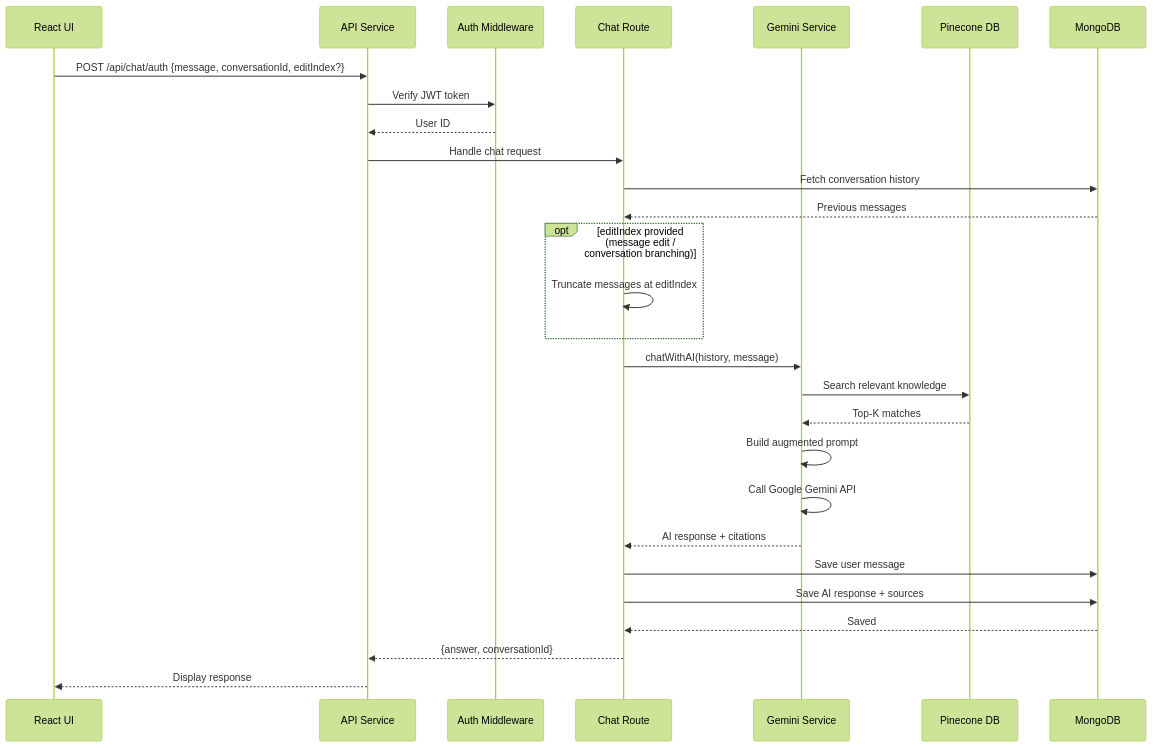
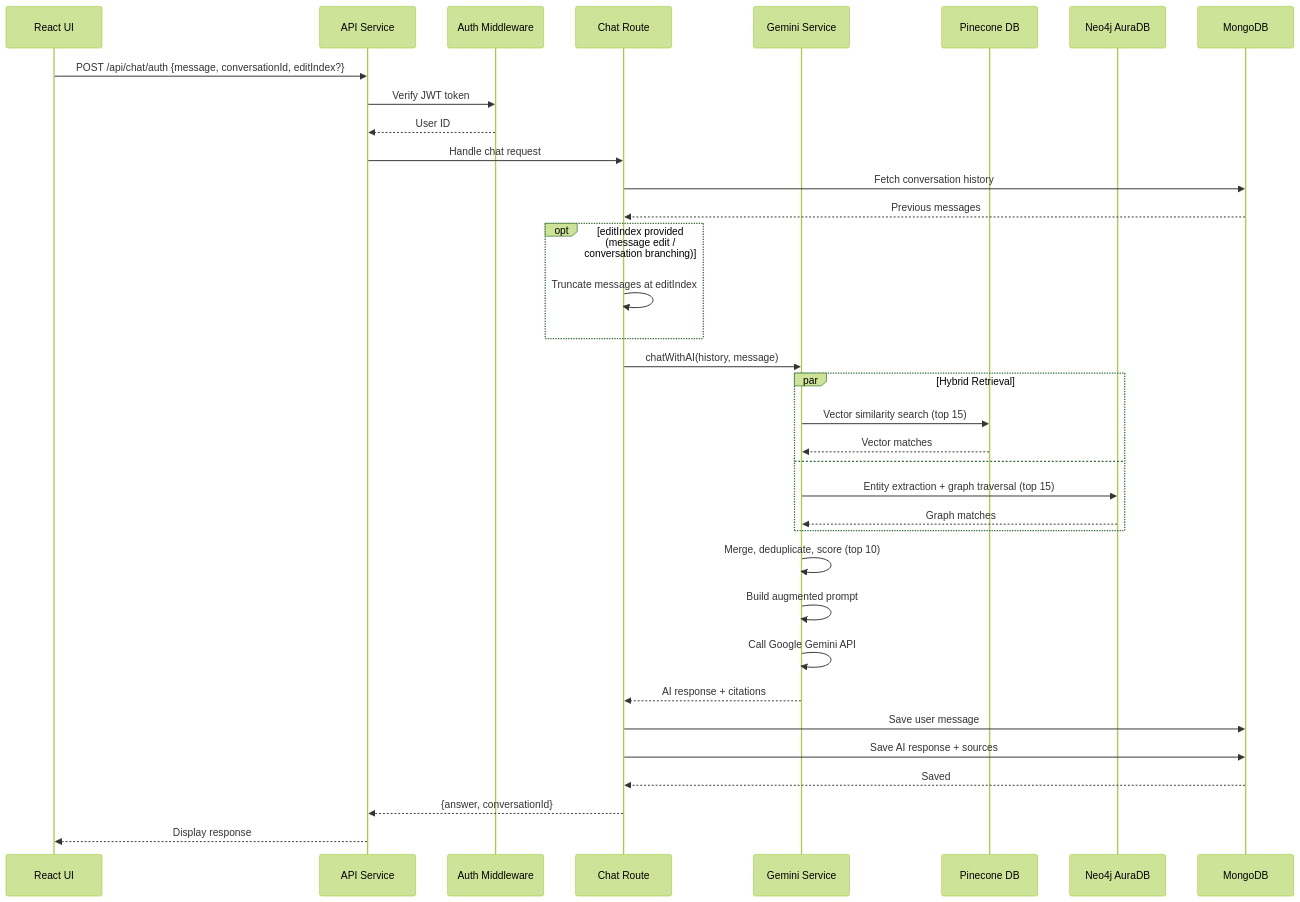
Before and after one commit to hoangsonww/AI-RAG-Assistant-Chatbot: diagram 22 of 43 in ARCHITECTURE.md, drawn with Mermaid (forest theme). The commit also changed other lines of this file and 32 other files, not shown here.

First line of the commit message:
feat(rag): add hybrid Pinecone+Neo4j retrieval, graph ingestion, and CLI graph management

````diff
--- a/ARCHITECTURE.md
+++ b/ARCHITECTURE.md
@@ -819,36 +1064,45 @@
 ```mermaid
 sequenceDiagram
     participant UI as React UI
     participant API as API Service
     participant Auth as Auth Middleware
     participant Chat as Chat Route
     participant Gemini as Gemini Service
     participant Pinecone as Pinecone DB
+    participant Neo4j as Neo4j AuraDB
     participant Mongo as MongoDB
 
     UI->>API: POST /api/chat/auth {message, conversationId, editIndex?}
     API->>Auth: Verify JWT token
     Auth-->>API: User ID
 
     API->>Chat: Handle chat request
     Chat->>Mongo: Fetch conversation history
     Mongo-->>Chat: Previous messages
 
     opt editIndex provided (message edit / conversation branching)
         Chat->>Chat: Truncate messages at editIndex
     end
 
     Chat->>Gemini: chatWithAI(history, message)
-    Gemini->>Pinecone: Search relevant knowledge
-    Pinecone-->>Gemini: Top-K matches
+
+    par Hybrid Retrieval
+        Gemini->>Pinecone: Vector similarity search (top 15)
+        Pinecone-->>Gemini: Vector matches
+    and
+        Gemini->>Neo4j: Entity extraction + graph traversal (top 15)
+        Neo4j-->>Gemini: Graph matches
+    end
+
+    Gemini->>Gemini: Merge, deduplicate, score (top 10)
     Gemini->>Gemini: Build augmented prompt
     Gemini->>Gemini: Call Google Gemini API
     Gemini-->>Chat: AI response + citations
 
     Chat->>Mongo: Save user message
     Chat->>Mongo: Save AI response + sources
     Mongo-->>Chat: Saved
 
     Chat-->>API: {answer, conversationId}
     API-->>UI: Display response
 ```
````
